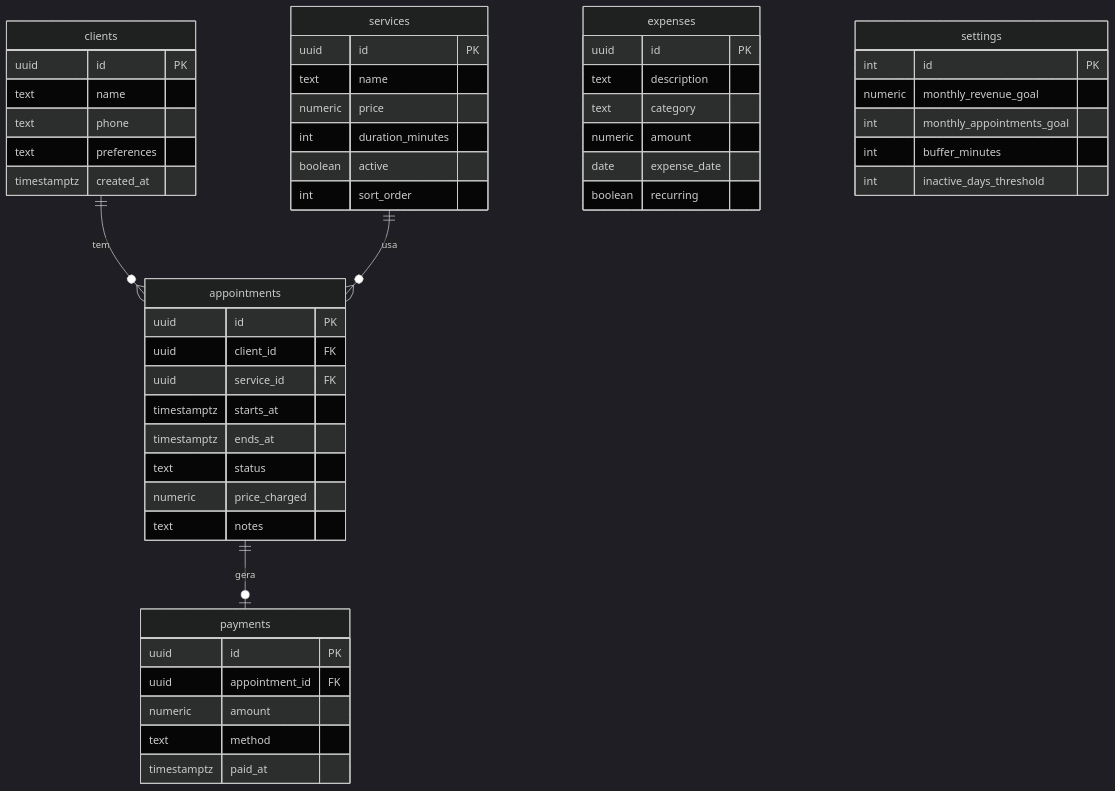
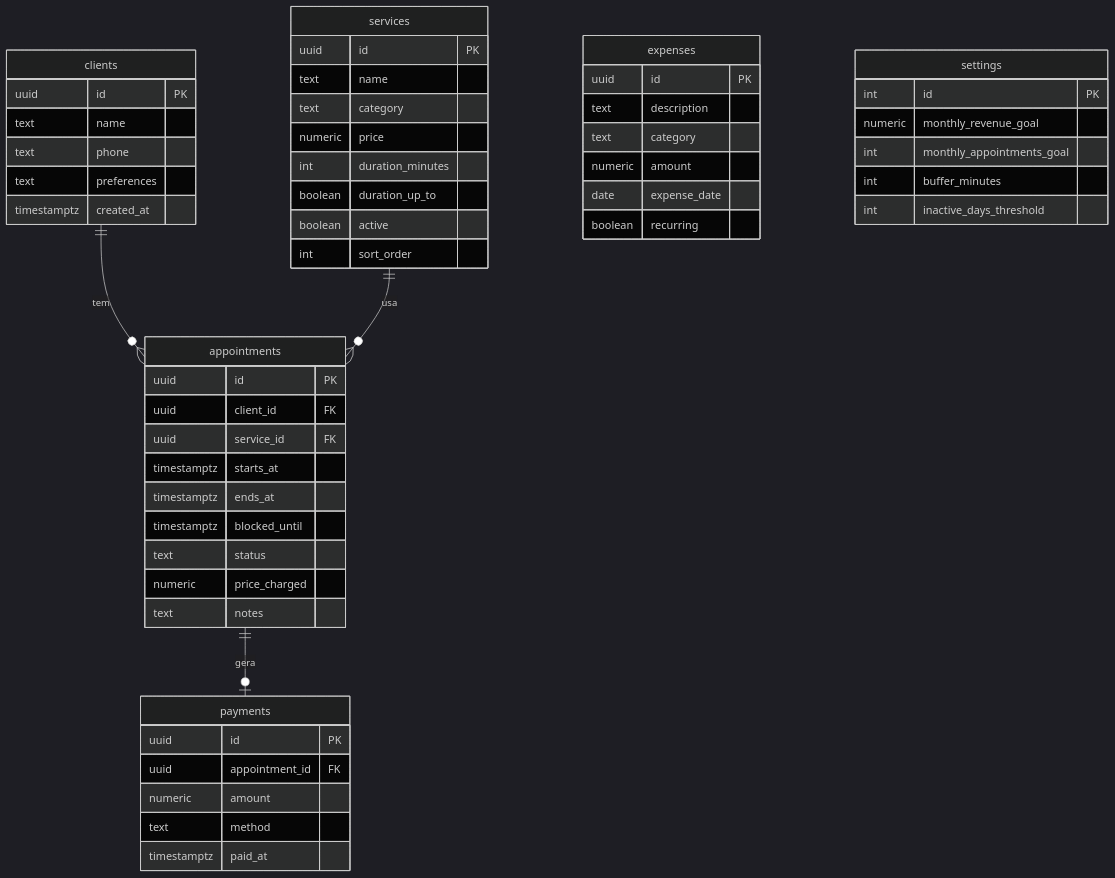
One commit to hygorbatista/Studio-Gabriela-Probst changed the diagram in docs/04-modelo-dados.md. Above: the diagram before and after it, drawn with Mermaid (dark theme). The commit also changed other lines of this file and 6 other files, not shown here.

````diff
--- a/docs/04-modelo-dados.md
+++ b/docs/04-modelo-dados.md
@@ -7,56 +7,59 @@
 ```mermaid
 erDiagram
     clients ||--o{ appointments : tem
     services ||--o{ appointments : usa
     appointments ||--o| payments : gera
     expenses
     settings
 
     clients {
         uuid id PK
         text name
         text phone
         text preferences
         timestamptz created_at
     }
     services {
         uuid id PK
         text name
+        text category
         numeric price
         int duration_minutes
+        boolean duration_up_to
         boolean active
         int sort_order
     }
     appointments {
         uuid id PK
         uuid client_id FK
         uuid service_id FK
         timestamptz starts_at
         timestamptz ends_at
+        timestamptz blocked_until
         text status
         numeric price_charged
         text notes
     }
     payments {
         uuid id PK
         uuid appointment_id FK
         numeric amount
         text method
         timestamptz paid_at
     }
     expenses {
         uuid id PK
         text description
         text category
         numeric amount
         date expense_date
         boolean recurring
     }
     settings {
         int id PK
         numeric monthly_revenue_goal
         int monthly_appointments_goal
         int buffer_minutes
         int inactive_days_threshold
     }
 ```
````
